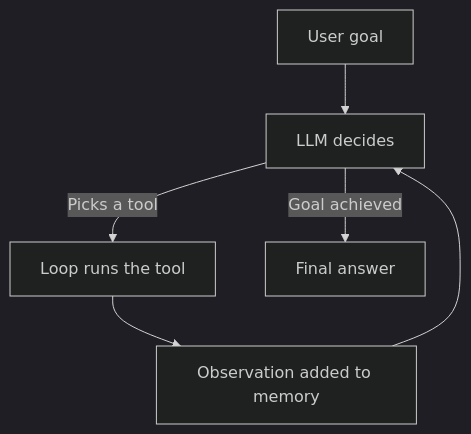
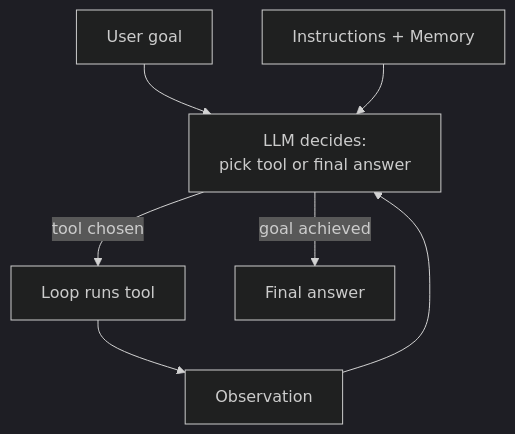
Before and after one commit to kaisarnajar/outcome-school-blogs: the first of 2 diagrams in notes/step-10-ai-agents-and-agentic-systems/119-ai-agent.md, drawn with Mermaid (dark theme). The commit also changed other lines of this file and 233 other files, not shown here.

````diff
--- a/notes/step-10-ai-agents-and-agentic-systems/119-ai-agent.md
+++ b/notes/step-10-ai-agents-and-agentic-systems/119-ai-agent.md
@@ -54,8 +60,9 @@
 ```mermaid
 flowchart TD
-    G["User goal"] --> L["LLM decides"]
-    L -->|"Picks a tool"| T["Loop runs the tool"]
-    T --> O["Observation added to memory"]
-    O --> L
-    L -->|"Goal achieved"| F["Final answer"]
+G1["User goal"] --> L1["LLM decides:<br/>pick tool or final answer"]
+L1 -->|"tool chosen"| T1["Loop runs tool"]
+T1 --> O1["Observation"]
+O1 --> L1
+L1 -->|"goal achieved"| F1["Final answer"]
+M1["Instructions + Memory"] --> L1
 ```
````
